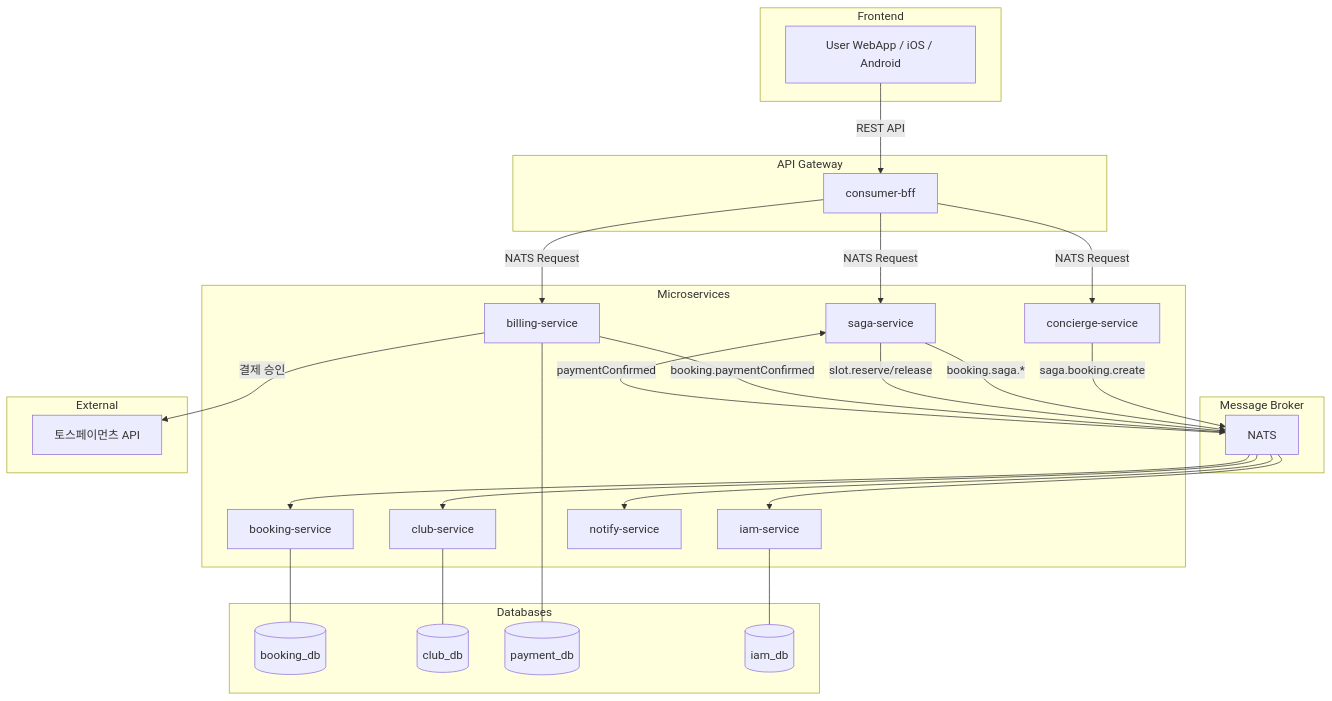
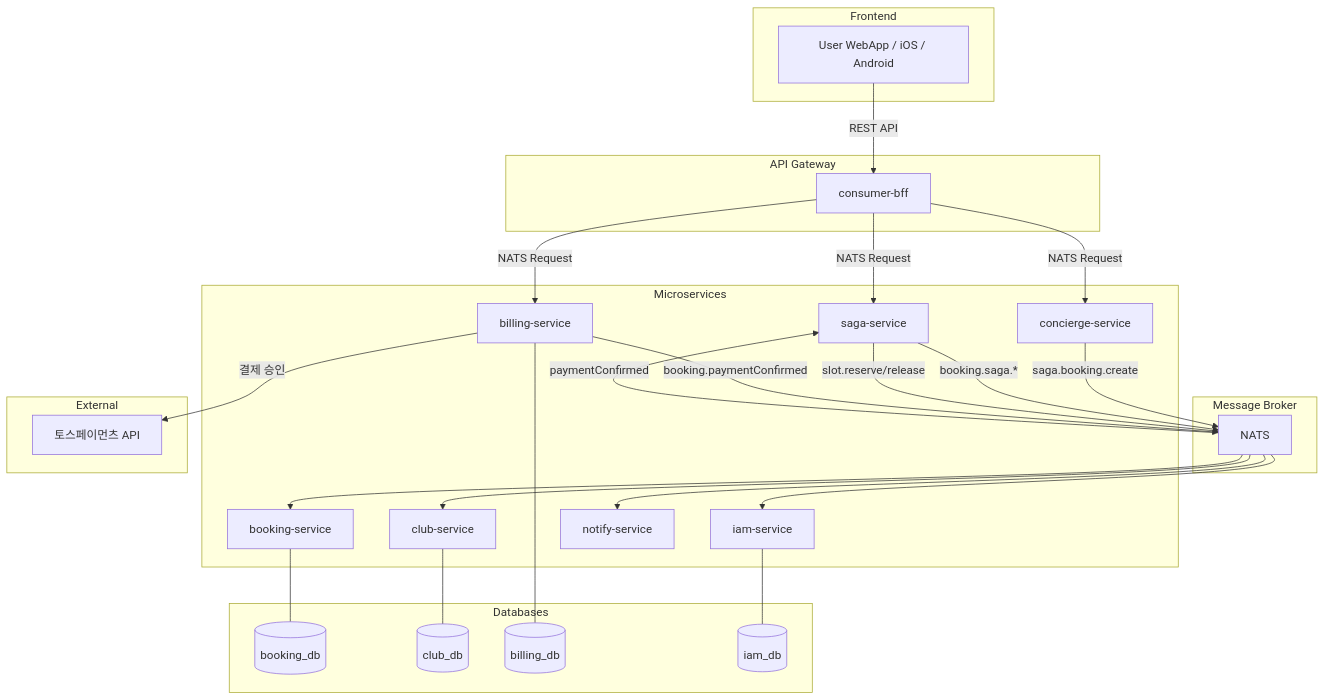
The first of 15 diagrams in docs/workflow/booking.md (uniyous/parkgolf-platform), drawn with Mermaid before and after one commit. The commit also changed other lines of this file and 37 other files, not shown here.

First line of the commit message:
refactor(infra): NATS subject·DB명 리네임 — agent.*→concierge.* · payment.*→billing.* (UNI-91)

````diff
--- a/docs/workflow/booking.md
+++ b/docs/workflow/booking.md
@@ -65,51 +65,51 @@
 ```mermaid
 flowchart TB
     subgraph "Frontend"
         A[User WebApp / iOS / Android]
     end
 
     subgraph "API Gateway"
         B[consumer-bff]
     end
 
     subgraph "Microservices"
         SAGA[saga-service]
         C[booking-service]
         D[club-service]
         P[billing-service]
         IAM[iam-service]
         E[notify-service]
         AG[concierge-service]
     end
 
     subgraph "Message Broker"
         NATS[NATS]
     end
 
     subgraph "Databases"
         F[(booking_db)]
         G[(club_db)]
-        H[(payment_db)]
+        H[(billing_db)]
         I[(iam_db)]
     end
 
     subgraph "External"
         TOSS[토스페이먼츠 API]
     end
 
     A -->|REST API| B
     B -->|NATS Request| SAGA
     B -->|NATS Request| P
     B -->|NATS Request| AG
     AG -->|saga.booking.create| NATS
     SAGA -->|booking.saga.*| NATS
     SAGA -->|slot.reserve/release| NATS
     NATS --> C & D & E & IAM
     P -->|booking.paymentConfirmed| NATS
     NATS -->|paymentConfirmed| SAGA
     P -->|결제 승인| TOSS
     C --- F
     D --- G
     P --- H
     IAM --- I
 ```
````
